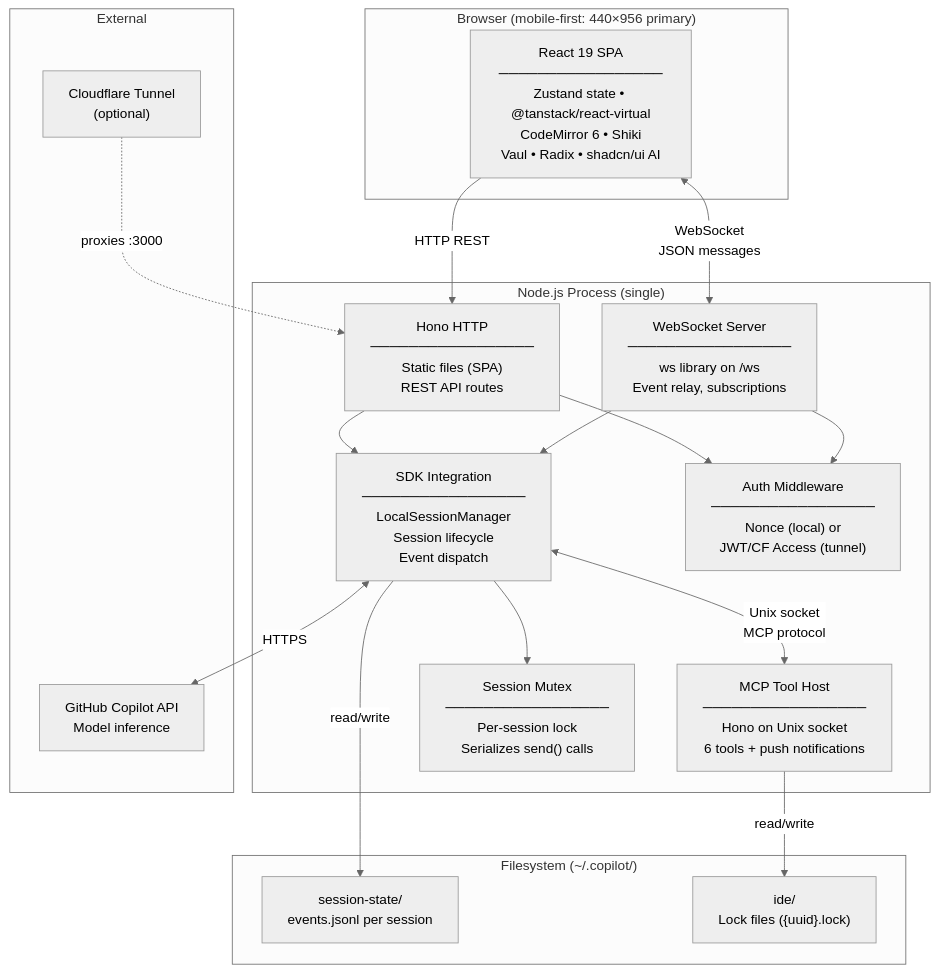
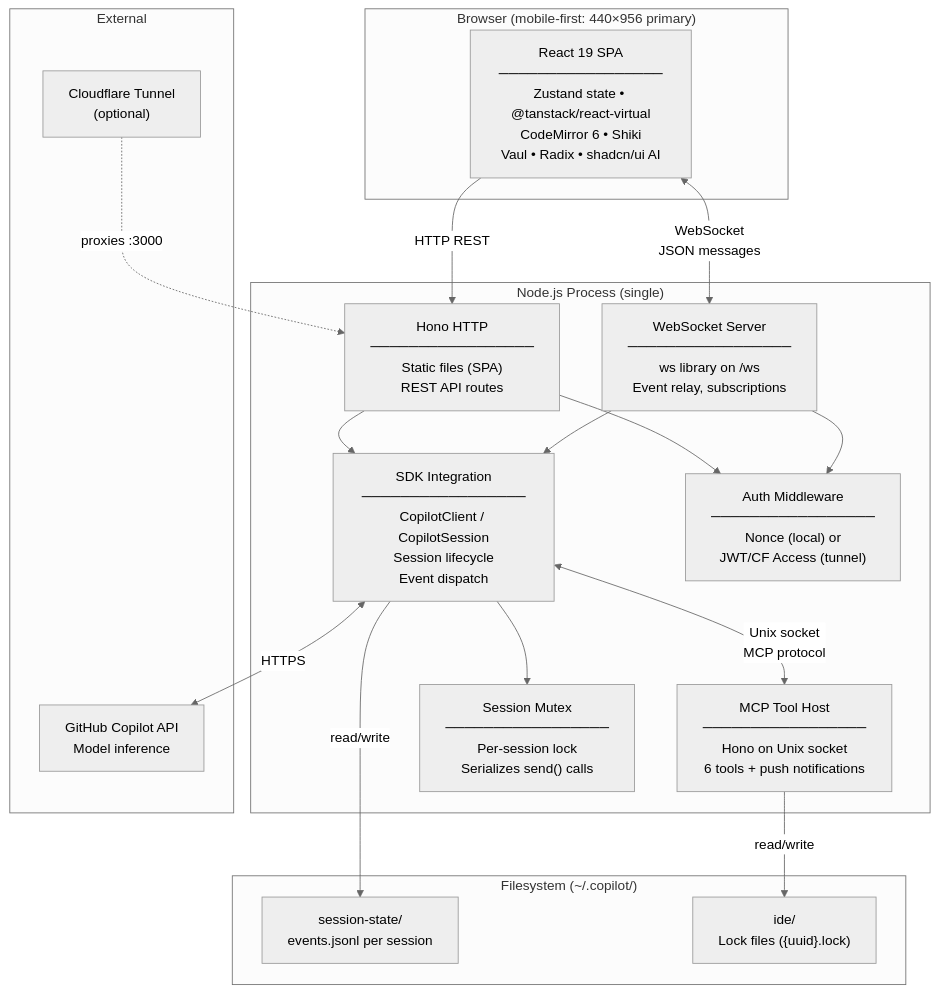
Before and after one commit to ming86/vscode: the seventh of 7 diagrams in .local/docs/copilot-cli-session/08-constraints-and-requirements.md, drawn with Mermaid (neutral theme). The commit also changed other lines of this file and 6 other files, not shown here.

````diff
--- a/.local/docs/copilot-cli-session/08-constraints-and-requirements.md
+++ b/.local/docs/copilot-cli-session/08-constraints-and-requirements.md
@@ -443,38 +446,38 @@
 ```mermaid
 graph TB
     subgraph Browser["Browser (mobile-first: 440×956 primary)"]
         SPA["React 19 SPA<br/>─────────────────<br/>Zustand state • @tanstack/react-virtual<br/>CodeMirror 6 • Shiki<br/>Vaul • Radix • shadcn/ui AI"]
     end
 
     subgraph NodeProcess["Node.js Process (single)"]
         HTTP["Hono HTTP<br/>─────────────────<br/>Static files (SPA)<br/>REST API routes"]
         WSS["WebSocket Server<br/>─────────────────<br/>ws library on /ws<br/>Event relay, subscriptions"]
-        SDKI["SDK Integration<br/>─────────────────<br/>LocalSessionManager<br/>Session lifecycle<br/>Event dispatch"]
+        SDKI["SDK Integration<br/>─────────────────<br/>CopilotClient / CopilotSession<br/>Session lifecycle<br/>Event dispatch"]
         MCPS["MCP Tool Host<br/>─────────────────<br/>Hono on Unix socket<br/>6 tools + push notifications"]
         AUTH["Auth Middleware<br/>─────────────────<br/>Nonce (local) or<br/>JWT/CF Access (tunnel)"]
         MUTEX["Session Mutex<br/>─────────────────<br/>Per-session lock<br/>Serializes send() calls"]
     end
 
     subgraph FS["Filesystem (~/.copilot/)"]
         SS["session-state/<br/>events.jsonl per session"]
         LF["ide/<br/>Lock files ({uuid}.lock)"]
     end
 
     subgraph Ext["External"]
         GH["GitHub Copilot API<br/>Model inference"]
         CF["Cloudflare Tunnel<br/>(optional)"]
     end
 
     SPA <-->|"WebSocket<br/>JSON messages"| WSS
     SPA -->|"HTTP REST"| HTTP
     HTTP --> AUTH
     WSS --> AUTH
     HTTP --> SDKI
     WSS --> SDKI
     SDKI --> MUTEX
     SDKI <-->|"Unix socket<br/>MCP protocol"| MCPS
     SDKI <-->|"HTTPS"| GH
     SDKI -->|"read/write"| SS
     MCPS -->|"read/write"| LF
     CF -.->|"proxies :3000"| HTTP
 ```
````
